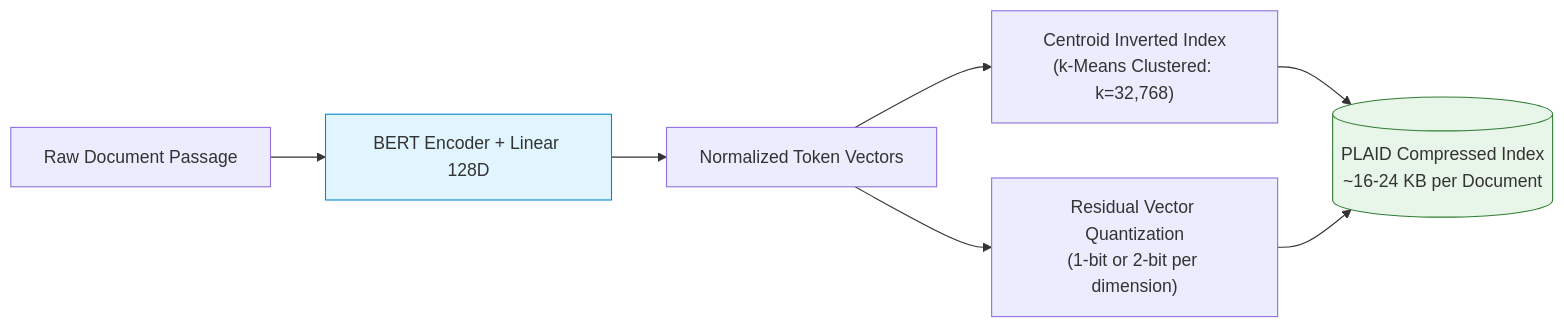
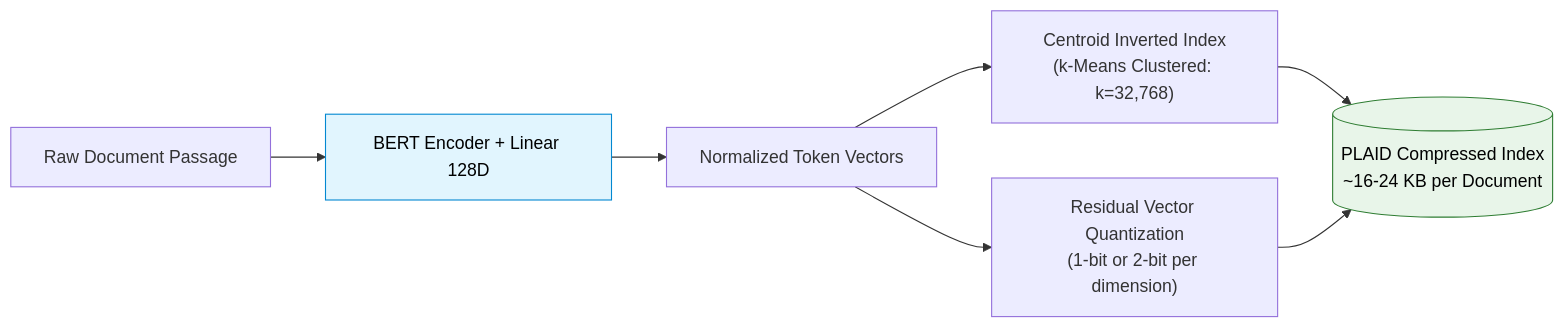
One commit to swapnil3104/RAG-Engineering changed the second of 3 diagrams in 06-Advanced-RAG/ColBERT.md. Above: the diagram before and after it, drawn with Mermaid. The commit also changed other lines of this file and 108 other files, not shown here.

Commit message:
fix: make chart text visible across all Mermaid diagrams and resolve markdown table formatting issues

````diff
--- a/06-Advanced-RAG/ColBERT.md
+++ b/06-Advanced-RAG/ColBERT.md
@@ -142,14 +142,14 @@
 ```mermaid
 flowchart LR
     Doc["Raw Document Passage"] --> BERT["BERT Encoder + Linear 128D"]
     BERT --> TokVecs["Normalized Token Vectors"]
     
     TokVecs --> CentroidAssign["Centroid Inverted Index<br/>(k-Means Clustered: k=32,768)"]
     TokVecs --> ResidualQuant["Residual Vector Quantization<br/>(1-bit or 2-bit per dimension)"]
     
     CentroidAssign --> PLAIDIndex[("PLAID Compressed Index<br/>~16-24 KB per Document")]
     ResidualQuant --> PLAIDIndex
 
-    style BERT fill:#e1f5fe,stroke:#0288d1,stroke-width:1px
-    style PLAIDIndex fill:#e8f5e9,stroke:#2e7d32,stroke-width:1px
+    style BERT fill:#e1f5fe,stroke:#0288d1,stroke-width:1px,color:#000000
+    style PLAIDIndex fill:#e8f5e9,stroke:#2e7d32,stroke-width:1px,color:#000000
 ```
````
